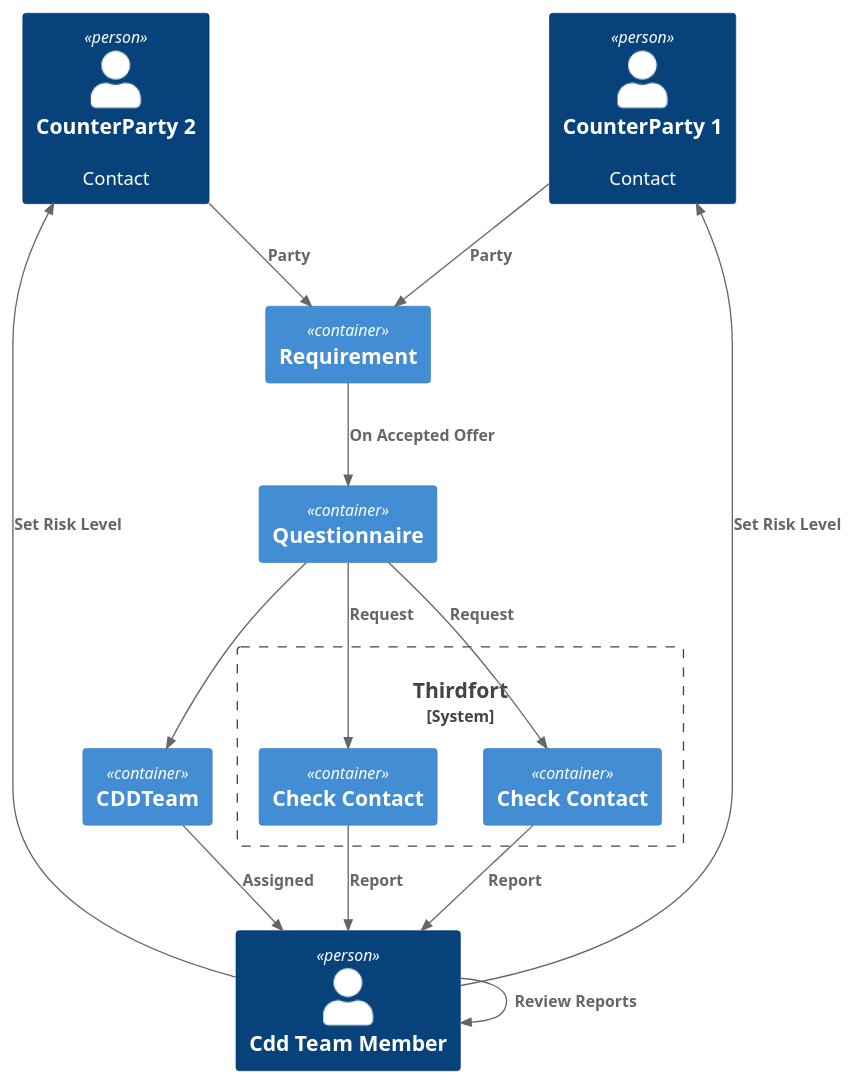
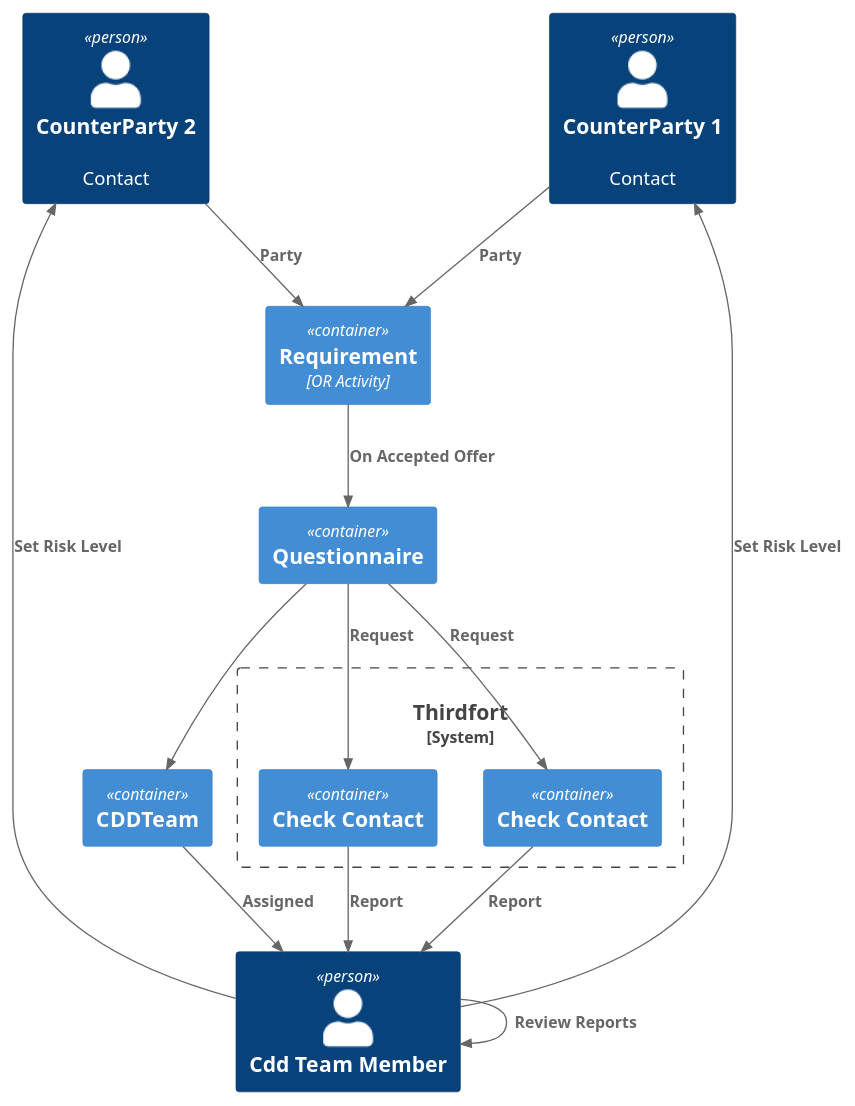
Before and after one commit to Kf-GaryNewport/Kf-GaryNewport.github.io: the diagram in assets/CDD/Cdd-sq.puml, drawn with PlantUML.

```diff
--- a/assets/CDD/Cdd-sq.puml
+++ b/assets/CDD/Cdd-sq.puml
@@ -1,36 +1,36 @@
 @startuml
 
 !includeurl https://raw.githubusercontent.com/RicardoNiepel/C4-PlantUML/master/C4_Container.puml
 
 Person(cp1, "CounterParty 1", "Contact")
 Person(cp2, "CounterParty 2", "Contact")
 
-Container( req, "Requirement", "")
+Container( req, "Requirement", "OR Activity")
 Container( que, "Questionnaire", "")
 
 Container( cddt, "CDDTeam", "")
 Person(cda, "Cdd Team Member")
 
 System_Boundary(hub_system, "Thirdfort"){
 Container( tf1, "Check Contact", "")
 Container( tf2, "Check Contact", "")
 }
 
 Rel_D(cp1, req, "Party")
 Rel_D(cp2, req, "Party")
 
 Rel_D(req, que, "On Accepted Offer")
 Rel_D(que, cddt, "")
 
 Rel_D(cddt, cda, "Assigned")
 Rel_D(que, tf1, "Request")
 Rel_D(que, tf2, "Request")
 
 Rel_D(tf1, cda, "Report")
 Rel_D(tf2, cda, "Report")
 
 Rel_D(cda, cda, "Review Reports")
 Rel_U(cda, cp1, "Set Risk Level")
 Rel_U(cda, cp2, "Set Risk Level")
 
 @enduml
```
